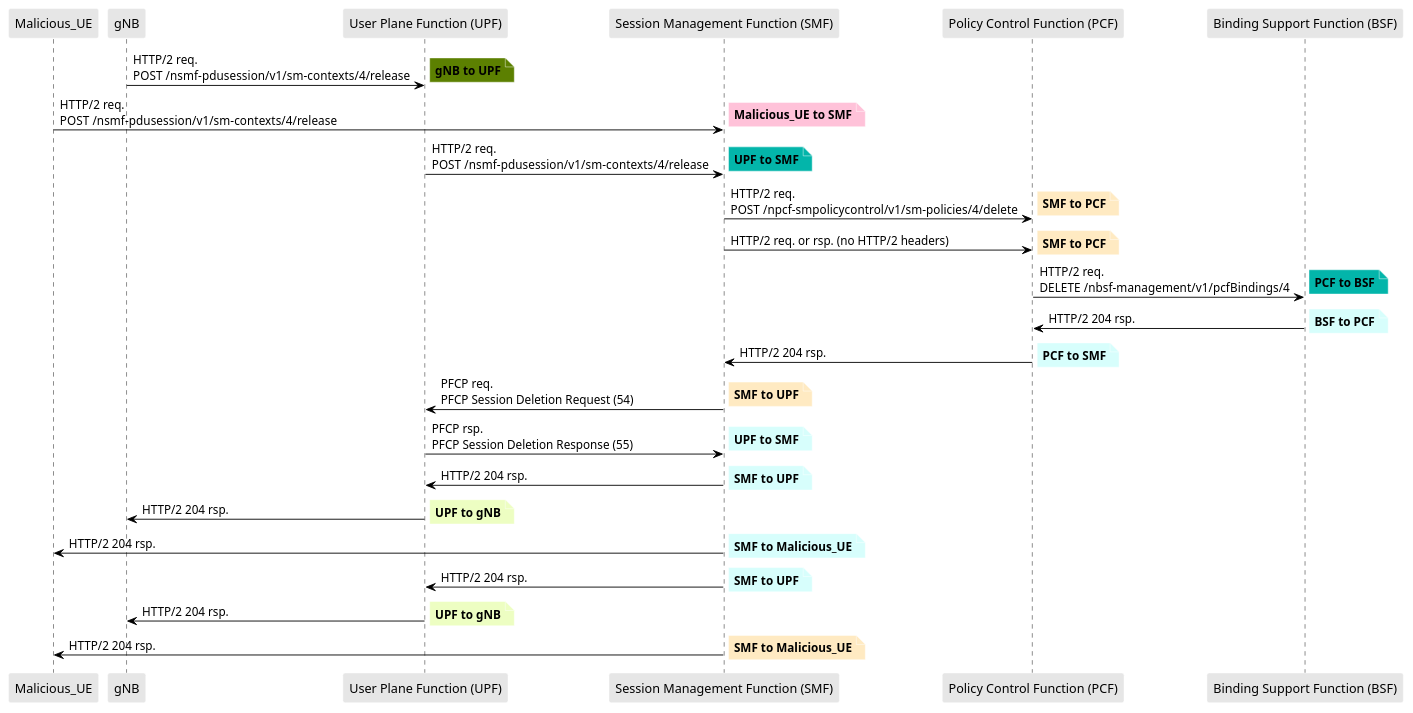
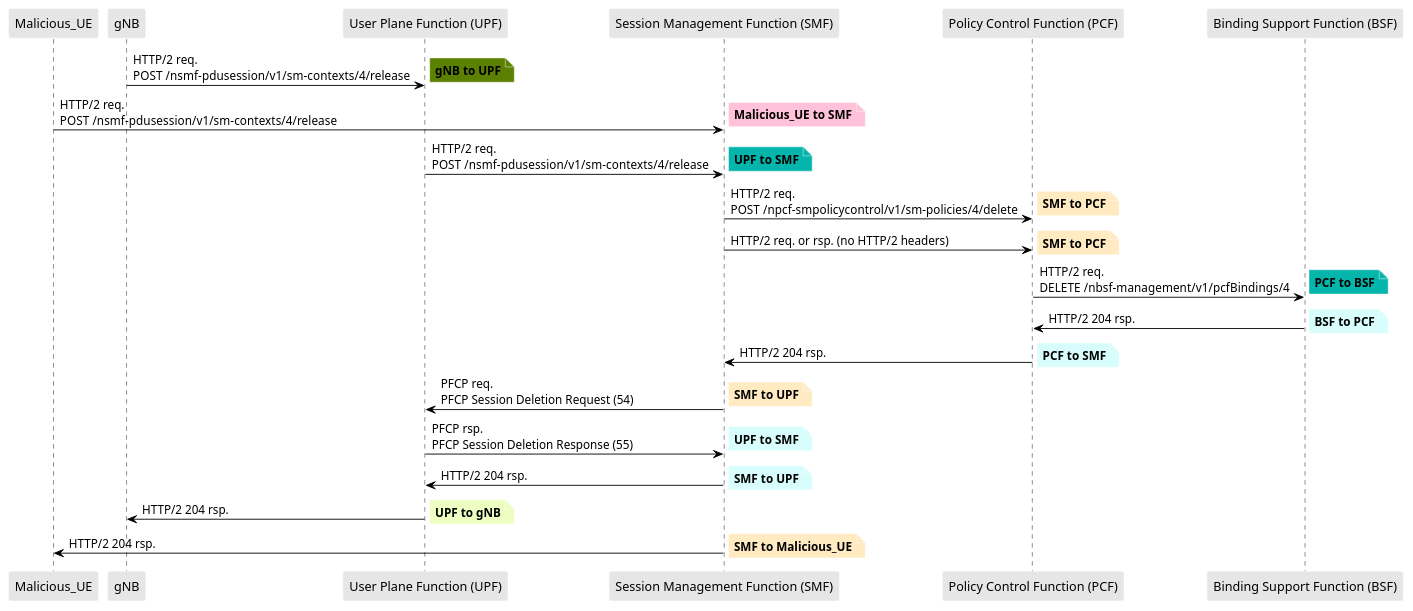
One commit to lilyhuegerich/5G changed the diagram in PCAPS/Core/ns_sbi_dos_edited_presi.puml. Above: the diagram before and after it, drawn with PlantUML. The commit also changed 4 other files, not shown here.

```diff
--- a/PCAPS/Core/ns_sbi_dos_edited_presi.puml
+++ b/PCAPS/Core/ns_sbi_dos_edited_presi.puml
@@ -1,116 +1,98 @@
 @startuml
 skinparam shadowing false
 skinparam NoteBorderColor white
 skinparam sequence {
     ArrowColor black
     LifeLineBorderColor black
     LifeLineBackgroundColor black
     ParticipantBorderColor white
     ParticipantBackgroundColor #e6e6e6
 }
 participant "Malicious_UE"
 participant "gNB"
 participant "User Plane Function (UPF)"
 participant "Session Management Function (SMF)"
 participant "Policy Control Function (PCF)"
 participant "Binding Support Function (BSF)"
 
 
 "gNB" -> "User Plane Function (UPF)": HTTP/2 req.\nPOST  /nsmf-pdusession/v1/sm-contexts/4/release
 
 note right #5C8001
 **gNB to UPF**
 end note
 
 "Malicious_UE" -> "Session Management Function (SMF)": HTTP/2 req.\nPOST  /nsmf-pdusession/v1/sm-contexts/4/release
 
 note right #FFC2D9
 **Malicious_UE to SMF**
 end note
 
 "User Plane Function (UPF)" -> "Session Management Function (SMF)": HTTP/2 req.\nPOST  /nsmf-pdusession/v1/sm-contexts/4/release
 
 note right #03B5AA
 **UPF to SMF**
 end note
 "Session Management Function (SMF)" -> "Policy Control Function (PCF)": HTTP/2 req.\nPOST  /npcf-smpolicycontrol/v1/sm-policies/4/delete
 
 note right #FFEAC2
 **SMF to PCF**
 end note
 
 "Session Management Function (SMF)" -> "Policy Control Function (PCF)": HTTP/2 req. or rsp. (no HTTP/2 headers)
 
 note right #FFEAC2
 **SMF to PCF**
 end note
 
 "Policy Control Function (PCF)" -> "Binding Support Function (BSF)": HTTP/2 req.\nDELETE  /nbsf-management/v1/pcfBindings/4
 
 note right #03B5AA
 **PCF to BSF**
 end note
 
 "Binding Support Function (BSF)" -> "Policy Control Function (PCF)": HTTP/2 204 rsp.
 
 note right #D7FEFC
 **BSF to PCF**
 end note
 
 "Policy Control Function (PCF)" -> "Session Management Function (SMF)": HTTP/2 204 rsp.
 
 note right #D7FEFC
 **PCF to SMF**
 end note
 
 
 "Session Management Function (SMF)" -> "User Plane Function (UPF)": PFCP req.\nPFCP Session Deletion Request (54)
 
 note right #FFEAC2
 **SMF to UPF**
 end note
 
 "User Plane Function (UPF)" -> "Session Management Function (SMF)": PFCP rsp.\nPFCP Session Deletion Response (55)
 
 note right #D7FEFC
 **UPF to SMF**
 end note
 
 
 "Session Management Function (SMF)" -> "User Plane Function (UPF)": HTTP/2 204 rsp.
 
 note right #D7FEFC
 **SMF to UPF**
 end note
 
 "User Plane Function (UPF)" -> "gNB": HTTP/2 204 rsp.
 
 note right #EDFEC2
 **UPF to gNB**
 end note
 
 "Session Management Function (SMF)" -> "Malicious_UE": HTTP/2 204 rsp.
 
-note right #D7FEFC
-**SMF to Malicious_UE**
-end note
-
-"Session Management Function (SMF)" -> "User Plane Function (UPF)": HTTP/2 204 rsp.
-
-note right #D7FEFC
-**SMF to UPF**
-end note
-
-"User Plane Function (UPF)" -> "gNB": HTTP/2 204 rsp.
-
-note right  #EDFEC2
-**UPF to gNB**
-end note
-
-"Session Management Function (SMF)" -> "Malicious_UE": HTTP/2 204 rsp.
-
 note right #FFEAC2
 **SMF to Malicious_UE**
 end note
 
 @enduml
```
